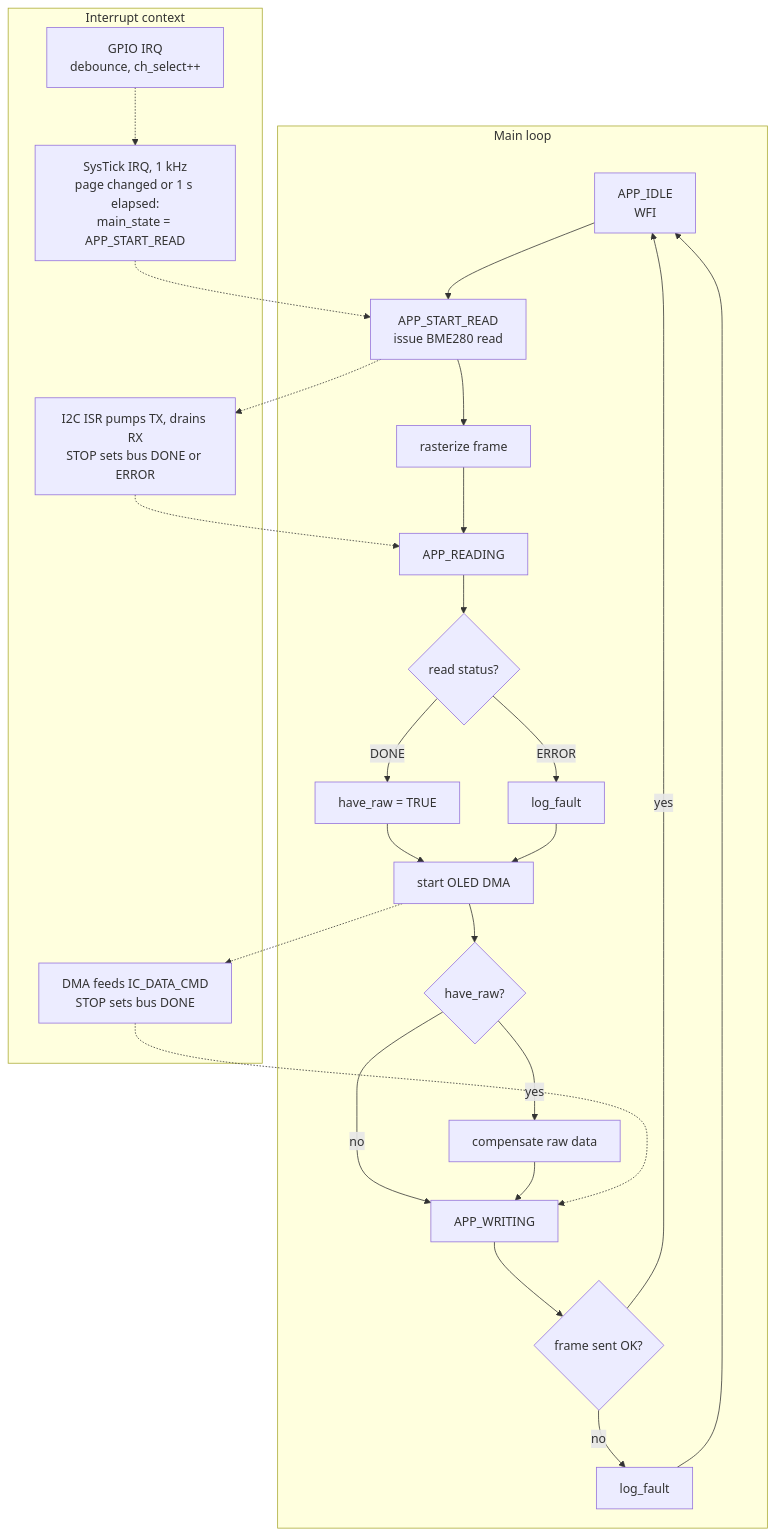
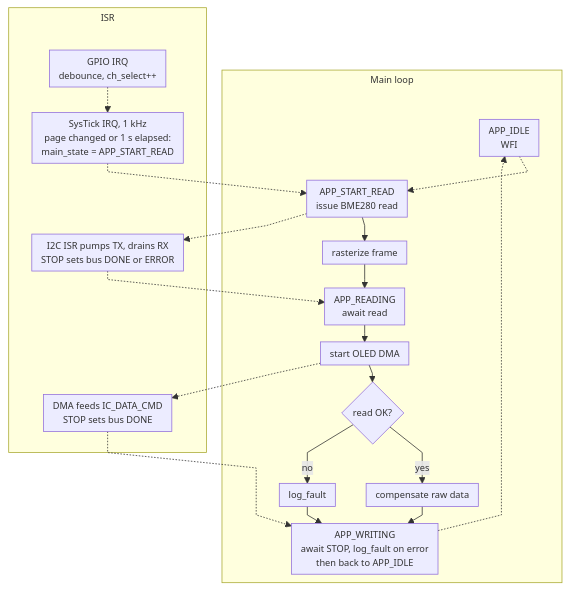
One commit to Vasilis-Narain/rp2350-baremetal-weather-station changed the diagram in README.md. Above: the diagram before and after it, drawn with Mermaid. The commit also changed other lines of this file, not shown here.

````diff
--- a/README.md
+++ b/README.md
@@ -57,35 +57,31 @@
 ```mermaid
+%%{init: {"themeVariables": {"fontSize": "12px"}, "flowchart": {"nodeSpacing": 40, "rankSpacing": 22, "padding": 6, "diagramPadding": 10, "curve": "linear", "subGraphTitleMargin": {"top": 4, "bottom": 40}}}}%%
 flowchart TB
     subgraph MAIN["Main loop"]
-        I["APP_IDLE<br/>WFI"] --> S["APP_START_READ<br/>issue BME280 read"]
-        S --> R["rasterize frame"]
-        R --> RD["APP_READING"]
-        RD --> RS{"read status?"}
-        RS -- DONE --> HR["have_raw = TRUE"]
-        RS -- ERROR --> LF1["log_fault"]
-        HR --> DMA["start OLED DMA"]
-        LF1 --> DMA
-        DMA --> HRQ{"have_raw?"}
-        HRQ -- yes --> C["compensate raw data"]
-        HRQ -- no --> W
-        C --> W["APP_WRITING"]
-        W --> OK{"frame sent OK?"}
-        OK -- no --> LF2["log_fault"]
-        LF2 --> I
-        OK -- yes --> I
+        I["APP_IDLE<br/>WFI"]
+        S["APP_START_READ<br/>issue BME280 read"] --> R["rasterize frame"]
+        R --> RD["APP_READING<br/>await read"]
+        RD --> DMA["start OLED DMA"]
+        DMA --> OK{"read OK?"}
+        OK -- yes --> C["compensate raw data"]
+        OK -- no --> LF["log_fault"]
+        C --> W["APP_WRITING<br/>await STOP, log_fault on error<br/>then back to APP_IDLE"]
+        LF --> W
     end
 
-    subgraph IRQ["Interrupt context"]
+    subgraph ISR 
         BTN["GPIO IRQ<br/>debounce, ch_select++"]
         SYS["SysTick IRQ, 1 kHz<br/>page changed or 1 s elapsed:<br/>main_state = APP_START_READ"]
         ISR["I2C ISR pumps TX, drains RX<br/>STOP sets bus DONE or ERROR"]
         DF["DMA feeds IC_DATA_CMD<br/>STOP sets bus DONE"]
     end
 
+    I -.-> S
     BTN -.-> SYS
     SYS -.-> S
     S -.-> ISR
     ISR -.-> RD
     DMA -.-> DF
     DF -.-> W
+    W -.->I
 ```
````
